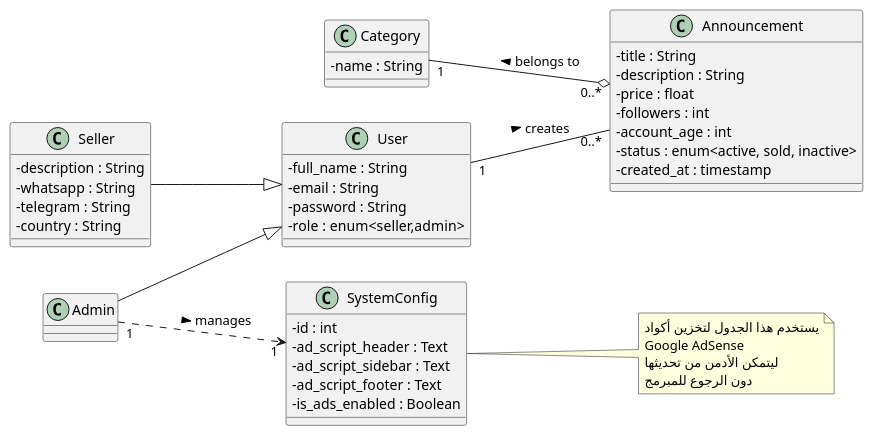
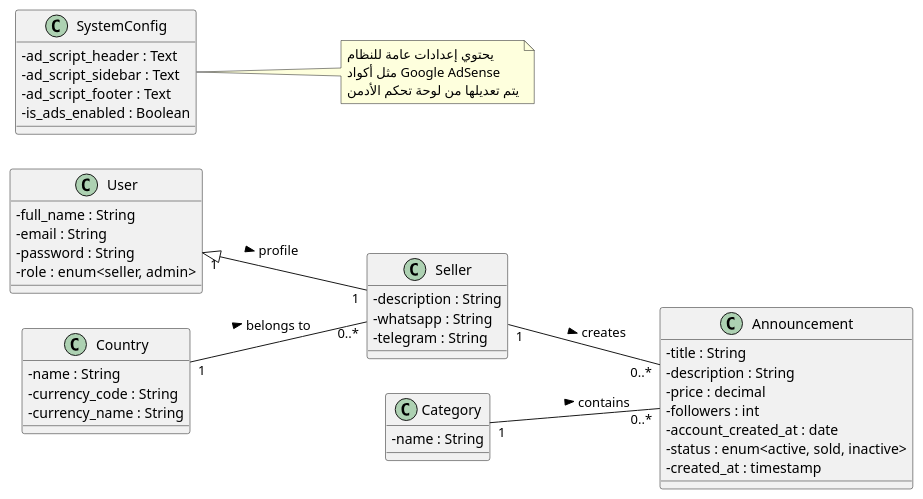
The diagram in class_diagrame.puml (Skylok-24/Hisabati-Platform), drawn with PlantUML before and after one commit. The commit also changed 12 other files, not shown here.

```diff
--- a/class_diagrame.puml
+++ b/class_diagrame.puml
@@ -1,64 +1,65 @@
 @startuml
 left to right direction
 skinparam classAttributeIconSize 0
 
 class User {
   - full_name : String
   - email : String
   - password : String
-  - role : enum<seller,admin>
+  - role : enum<seller, admin>
+}
+
+class Country {
+  - name : String
+  - currency_code : String
+  - currency_name : String
 }
 
 class Seller {
   - description : String
   - whatsapp : String
   - telegram : String
-  - country : String
 }
-
-class Admin {
-}
-
-' علاقة الوراثة
-Seller --|> User
-Admin --|> User
 
 class Announcement {
   - title : String
   - description : String
-  - price : float
+  - price : decimal
   - followers : int
-  - account_age : int
+  - account_created_at : date
   - status : enum<active, sold, inactive>
   - created_at : timestamp
 }
 
 class Category {
   - name : String
 }
 
 class SystemConfig {
-  - id : int
   - ad_script_header : Text
   - ad_script_sidebar : Text
   - ad_script_footer : Text
   - is_ads_enabled : Boolean
 }
 
-Admin "1" ..> "1" SystemConfig : manages >
+' العلاقات
+
+' كل Seller مرتبط بمستخدم واحد
+User "1" <|-- "1" Seller : profile >
+
+' كل Seller ينتمي لدولة واحدة
+Country "1" -- "0..*" Seller : belongs to >
+
+' بائع واحد يملك عدة إعلانات
+Seller "1" -- "0..*" Announcement : creates >
+
+' تصنيف واحد يضم عدة إعلانات
+Category "1" -- "0..*" Announcement : contains >
 
 note right of SystemConfig
-  يستخدم هذا الجدول لتخزين أكواد
-  Google AdSense
-  ليتمكن الأدمن من تحديثها
-  دون الرجوع للمبرمج
+  يحتوي إعدادات عامة للنظام
+  مثل أكواد Google AdSense
+  يتم تعديلها من لوحة تحكم الأدمن
 end note
 
-' العلاقات (Relationships)
-' تصنيف واحد يضم عدة إعلانات
-Category "1" --o "0..*" Announcement : belongs to <
-
-' بائع واحد يملك عدة إعلانات
-User "1" -- "0..*" Announcement : creates >
-
 @enduml
```
